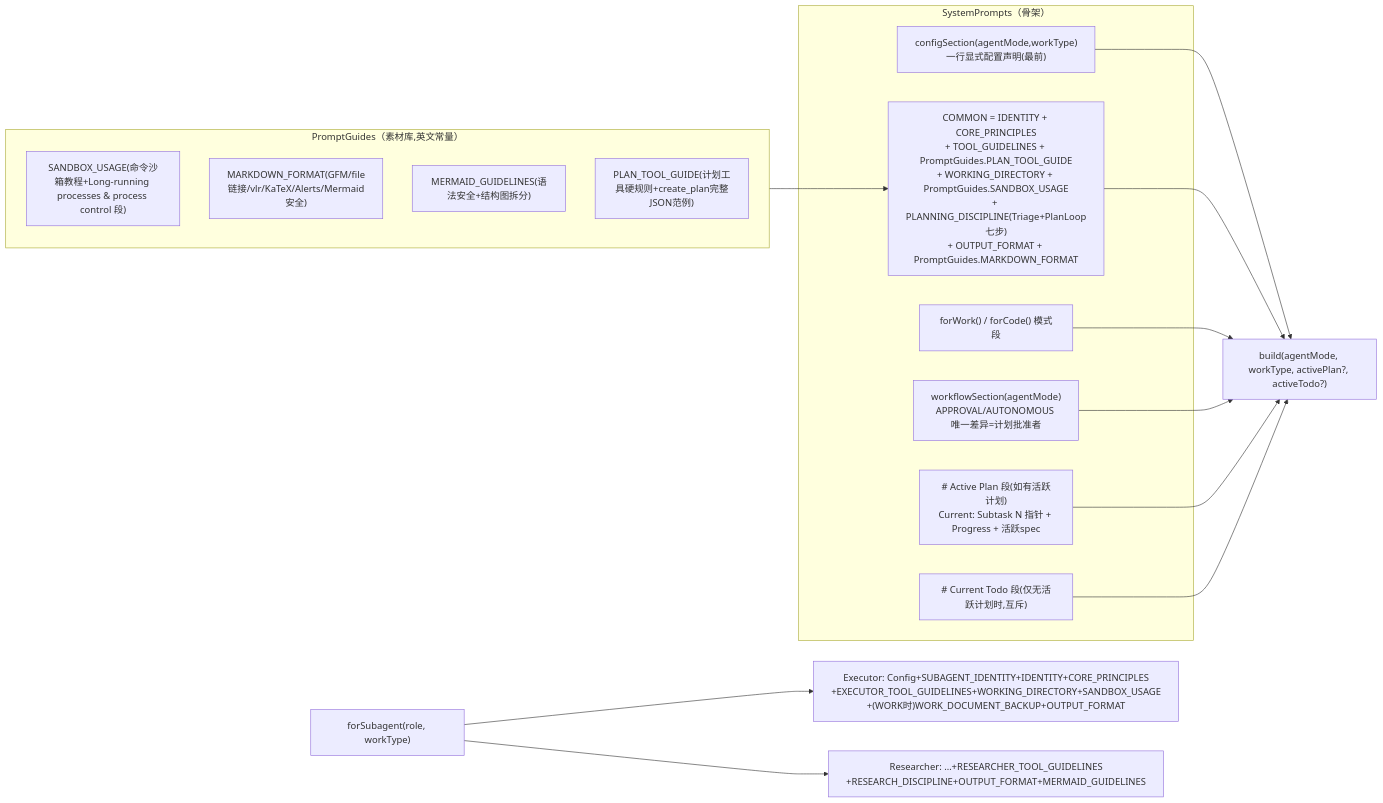
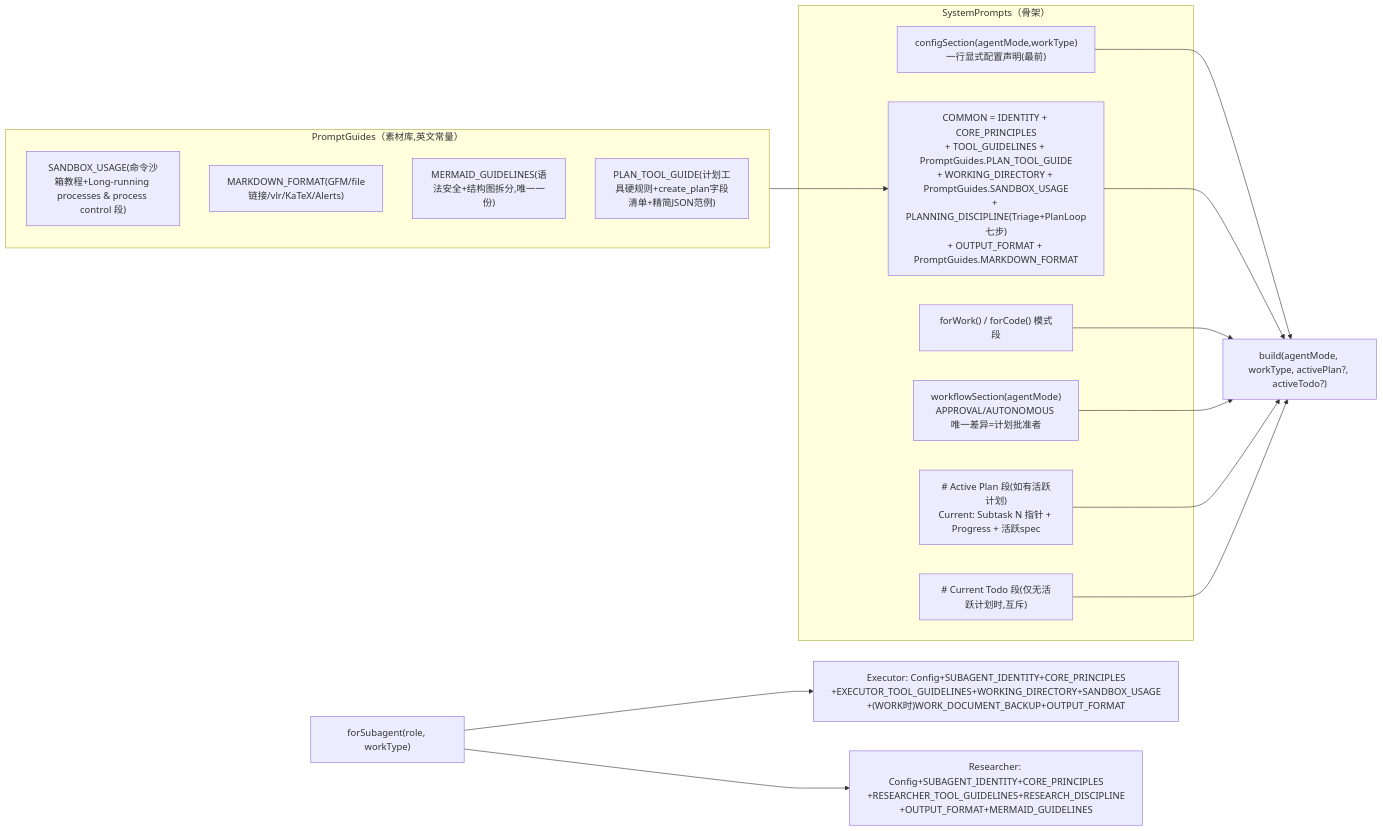
The sixth of 7 diagrams in mederi/docs/architecture/01-core.md (lzdev42/mederi), drawn with Mermaid before and after one commit. The commit also changed other lines of this file and 24 other files, not shown here.

````diff
--- a/mederi/docs/architecture/01-core.md
+++ b/mederi/docs/architecture/01-core.md
@@ -723,26 +732,26 @@
 ```mermaid
 flowchart LR
     subgraph SP["SystemPrompts（骨架）"]
         C["configSection(agentMode,workType)<br/>一行显式配置声明(最前)"]
         COMMON["COMMON = IDENTITY + CORE_PRINCIPLES<br/>+ TOOL_GUIDELINES + PromptGuides.PLAN_TOOL_GUIDE<br/>+ WORKING_DIRECTORY + PromptGuides.SANDBOX_USAGE<br/>+ PLANNING_DISCIPLINE(Triage+PlanLoop七步)<br/>+ OUTPUT_FORMAT + PromptGuides.MARKDOWN_FORMAT"]
         W["workflowSection(agentMode)<br/>APPROVAL/AUTONOMOUS 唯一差异=计划批准者"]
         MODE["forWork() / forCode() 模式段"]
         PLAN["# Active Plan 段(如有活跃计划)<br/>Current: Subtask N 指针 + Progress + 活跃spec"]
         TODO["# Current Todo 段(仅无活跃计划时,互斥)"]
     end
     subgraph PG["PromptGuides（素材库,英文常量）"]
         G1["SANDBOX_USAGE(命令沙箱教程+Long-running processes & process control 段)"]
-        G2["MARKDOWN_FORMAT(GFM/file链接/vlr/KaTeX/Alerts/Mermaid安全)"]
-        G3["MERMAID_GUIDELINES(语法安全+结构图拆分)"]
-        G4["PLAN_TOOL_GUIDE(计划工具硬规则+create_plan完整JSON范例)"]
+        G2["MARKDOWN_FORMAT(GFM/file链接/vlr/KaTeX/Alerts)"]
+        G3["MERMAID_GUIDELINES(语法安全+结构图拆分,唯一一份)"]
+        G4["PLAN_TOOL_GUIDE(计划工具硬规则+create_plan字段清单+精简JSON范例)"]
     end
     PG --> COMMON
     C --> OUT["build(agentMode, workType, activePlan?, activeTodo?)"]
     COMMON --> OUT
     MODE --> OUT
     W --> OUT
     PLAN --> OUT
     TODO --> OUT
-    OUT2["forSubagent(role, workType)"] --> EXEC["Executor: Config+SUBAGENT_IDENTITY+IDENTITY+CORE_PRINCIPLES<br/>+EXECUTOR_TOOL_GUIDELINES+WORKING_DIRECTORY+SANDBOX_USAGE<br/>+(WORK时)WORK_DOCUMENT_BACKUP+OUTPUT_FORMAT"]
-    OUT2 --> RES["Researcher: …+RESEARCHER_TOOL_GUIDELINES<br/>+RESEARCH_DISCIPLINE+OUTPUT_FORMAT+MERMAID_GUIDELINES"]
+    OUT2["forSubagent(role, workType)"] --> EXEC["Executor: Config+SUBAGENT_IDENTITY+CORE_PRINCIPLES<br/>+EXECUTOR_TOOL_GUIDELINES+WORKING_DIRECTORY+SANDBOX_USAGE<br/>+(WORK时)WORK_DOCUMENT_BACKUP+OUTPUT_FORMAT"]
+    OUT2 --> RES["Researcher: Config+SUBAGENT_IDENTITY+CORE_PRINCIPLES<br/>+RESEARCHER_TOOL_GUIDELINES+RESEARCH_DISCIPLINE<br/>+OUTPUT_FORMAT+MERMAID_GUIDELINES"]
 ```
````
